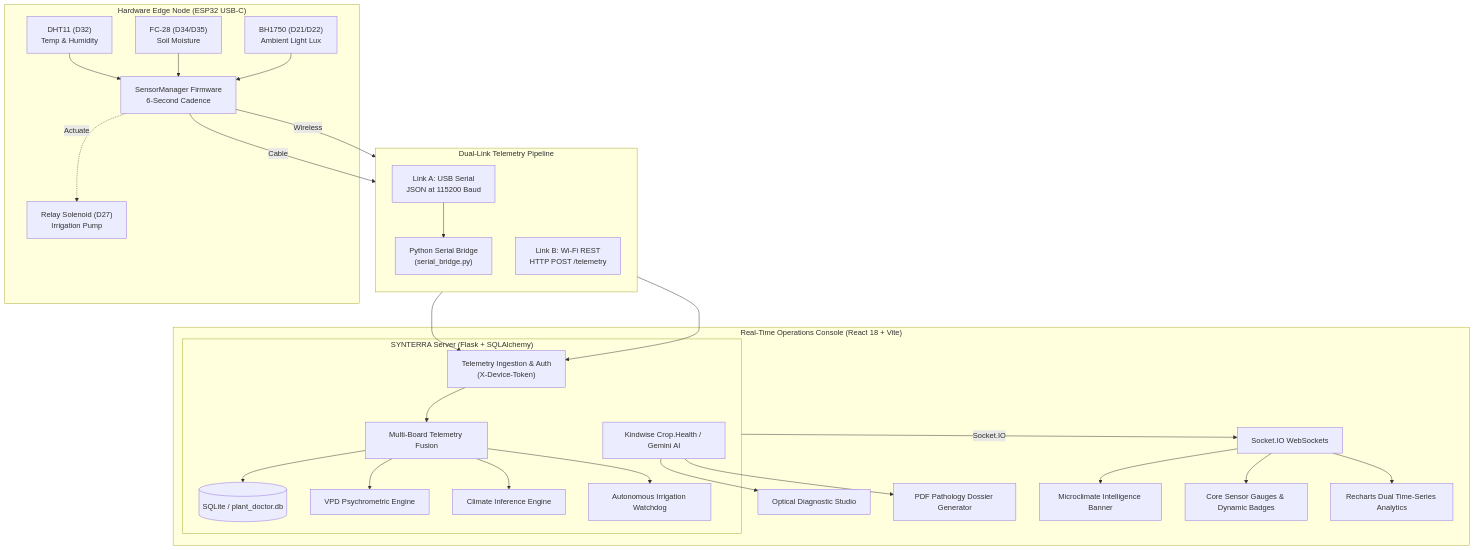
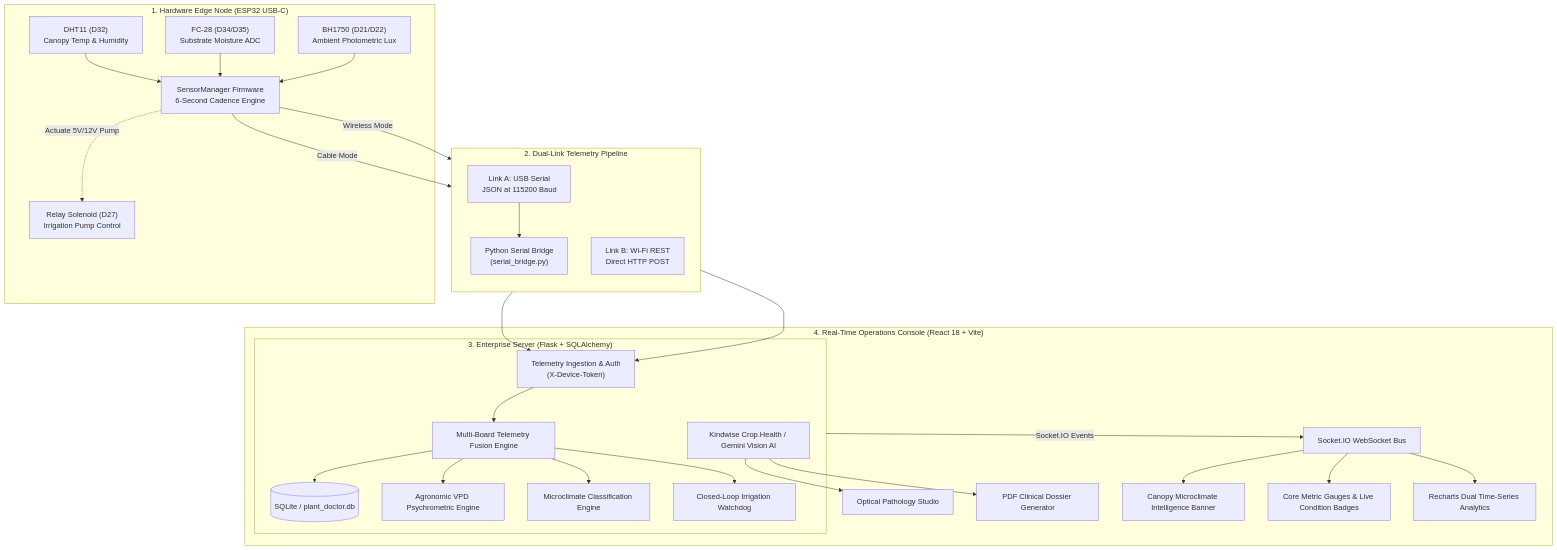
The first of 4 diagrams in README.md (sam-black007/SYNTERRA), drawn with Mermaid before and after one commit. The commit also changed other lines of this file and 2 other files, not shown here.

Commit message:
Add professional live dashboard photo, hardware photo, and 4 multi-tier system flowcharts to README

````diff
--- a/README.md
+++ b/README.md
@@ -12,56 +18,58 @@
 ```mermaid
 flowchart TD
-    subgraph Edge ["Hardware Edge Node (ESP32 USB-C)"]
-        DHT["DHT11 (D32)<br/>Temp & Humidity"]
-        SOIL["FC-28 (D34/D35)<br/>Soil Moisture"]
-        BH["BH1750 (D21/D22)<br/>Ambient Light Lux"]
-        RELAY["Relay Solenoid (D27)<br/>Irrigation Pump"]
-        MGR["SensorManager Firmware<br/>6-Second Cadence"]
+    subgraph Edge ["1. Hardware Edge Node (ESP32 USB-C)"]
+        DHT["DHT11 (D32)<br/>Canopy Temp & Humidity"]
+        SOIL["FC-28 (D34/D35)<br/>Substrate Moisture ADC"]
+        BH["BH1750 (D21/D22)<br/>Ambient Photometric Lux"]
+        RELAY["Relay Solenoid (D27)<br/>Irrigation Pump Control"]
+        MGR["SensorManager Firmware<br/>6-Second Cadence Engine"]
+        
         DHT --> MGR
         SOIL --> MGR
         BH --> MGR
-        MGR -.->|Actuate| RELAY
+        MGR -.->|Actuate 5V/12V Pump| RELAY
     end
 
-    subgraph DualLink ["Dual-Link Telemetry Pipeline"]
+    subgraph DualLink ["2. Dual-Link Telemetry Pipeline"]
         direction TB
         USB["Link A: USB Serial<br/>JSON at 115200 Baud"]
-        WIFI["Link B: Wi-Fi REST<br/>HTTP POST /telemetry"]
+        WIFI["Link B: Wi-Fi REST<br/>Direct HTTP POST"]
         BRIDGE["Python Serial Bridge<br/>(serial_bridge.py)"]
-        MGR -->|Cable| USB --> BRIDGE
-        MGR -->|Wireless| WIFI
+        
+        MGR -->|Cable Mode| USB --> BRIDGE
+        MGR -->|Wireless Mode| WIFI
     end
 
-    subgraph Backend ["SYNTERRA Server (Flask + SQLAlchemy)"]
+    subgraph Backend ["3. Enterprise Server (Flask + SQLAlchemy)"]
         API["Telemetry Ingestion & Auth<br/>(X-Device-Token)"]
-        FUSION["Multi-Board Telemetry Fusion"]
-        VPD_ENG["VPD Psychrometric Engine"]
-        CLIMATE_ENG["Climate Inference Engine"]
-        IRRIG_MGR["Autonomous Irrigation Watchdog"]
-        DIAG_SVC["Kindwise Crop.Health / Gemini AI"]
+        FUSION["Multi-Board Telemetry Fusion Engine"]
+        VPD_ENG["Agronomic VPD Psychrometric Engine"]
+        CLIMATE_ENG["Microclimate Classification Engine"]
+        IRRIG_MGR["Closed-Loop Irrigation Watchdog"]
+        DIAG_SVC["Kindwise Crop.Health / Gemini Vision AI"]
         DB[(SQLite / plant_doctor.db)]
         
         BRIDGE --> API
         WIFI --> API
         API --> FUSION --> DB
         FUSION --> VPD_ENG
         FUSION --> CLIMATE_ENG
         FUSION --> IRRIG_MGR
     end
 
-    subgraph UI ["Real-Time Operations Console (React 18 + Vite)"]
-        WS["Socket.IO WebSockets"]
-        BANNER["Microclimate Intelligence Banner"]
-        METRICS["Core Sensor Gauges & Dynamic Badges"]
+    subgraph UI ["4. Real-Time Operations Console (React 18 + Vite)"]
+        WS["Socket.IO WebSocket Bus"]
+        BANNER["Canopy Microclimate Intelligence Banner"]
+        METRICS["Core Metric Gauges & Live Condition Badges"]
         CHARTS["Recharts Dual Time-Series Analytics"]
-        STUDIO["Optical Diagnostic Studio"]
-        PDF["PDF Pathology Dossier Generator"]
+        STUDIO["Optical Pathology Studio"]
+        PDF["PDF Clinical Dossier Generator"]
 
-        Backend -->|Socket.IO| WS
+        Backend -->|Socket.IO Events| WS
         WS --> BANNER
         WS --> METRICS
         WS --> CHARTS
         DIAG_SVC --> STUDIO
         DIAG_SVC --> PDF
     end
 ```
````
